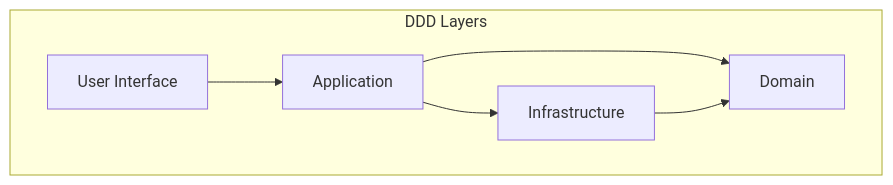
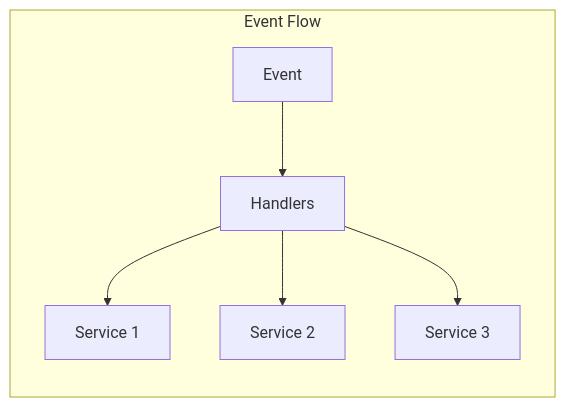
The fifth of 6 diagrams in src/Domain_Driven_Design.md (saravanakumarrc/Architecture_Journey), drawn with Mermaid before and after one commit. The commit also changed other lines of this file and 7 other files, not shown here.

First line of the commit message:
Refactor Trade-off Analysis documentation and enhance architecture governance models

````diff
--- a/src/Domain_Driven_Design.md
+++ b/src/Domain_Driven_Design.md
@@ -167,14 +260,9 @@
 ```mermaid
-graph TB
-    subgraph "DDD Layers"
-        UI[User Interface]
-        APP[Application]
-        DOM[Domain]
-        INF[Infrastructure]
-        
-        UI --> APP
-        APP --> DOM
-        APP --> INF
-        INF --> DOM
+graph LR
+    subgraph "Event Flow"
+        E[Event] --> H[Handlers]
+        H --> S1[Service 1]
+        H --> S2[Service 2]
+        H --> S3[Service 3]
     end
 ```
````
